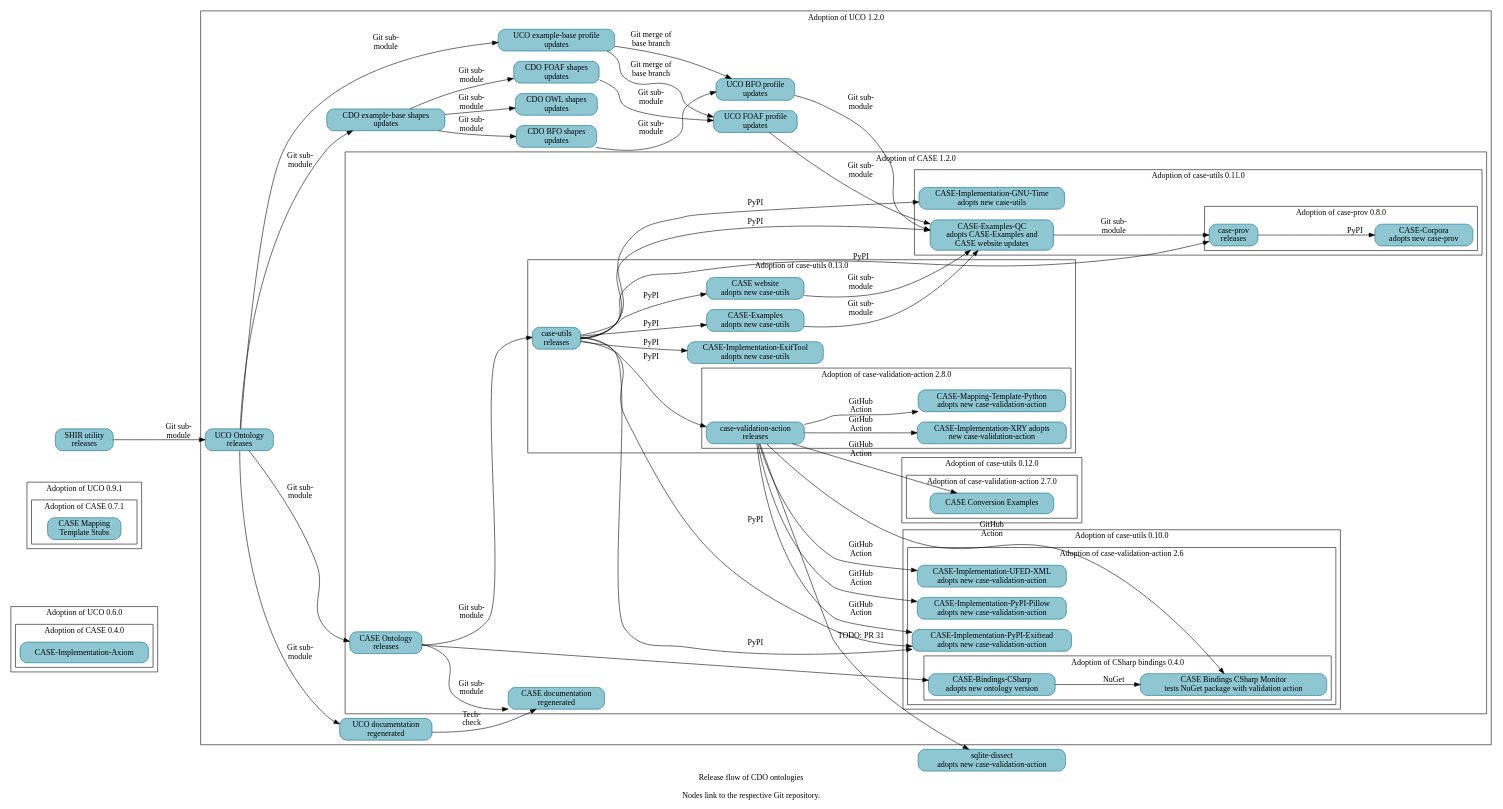
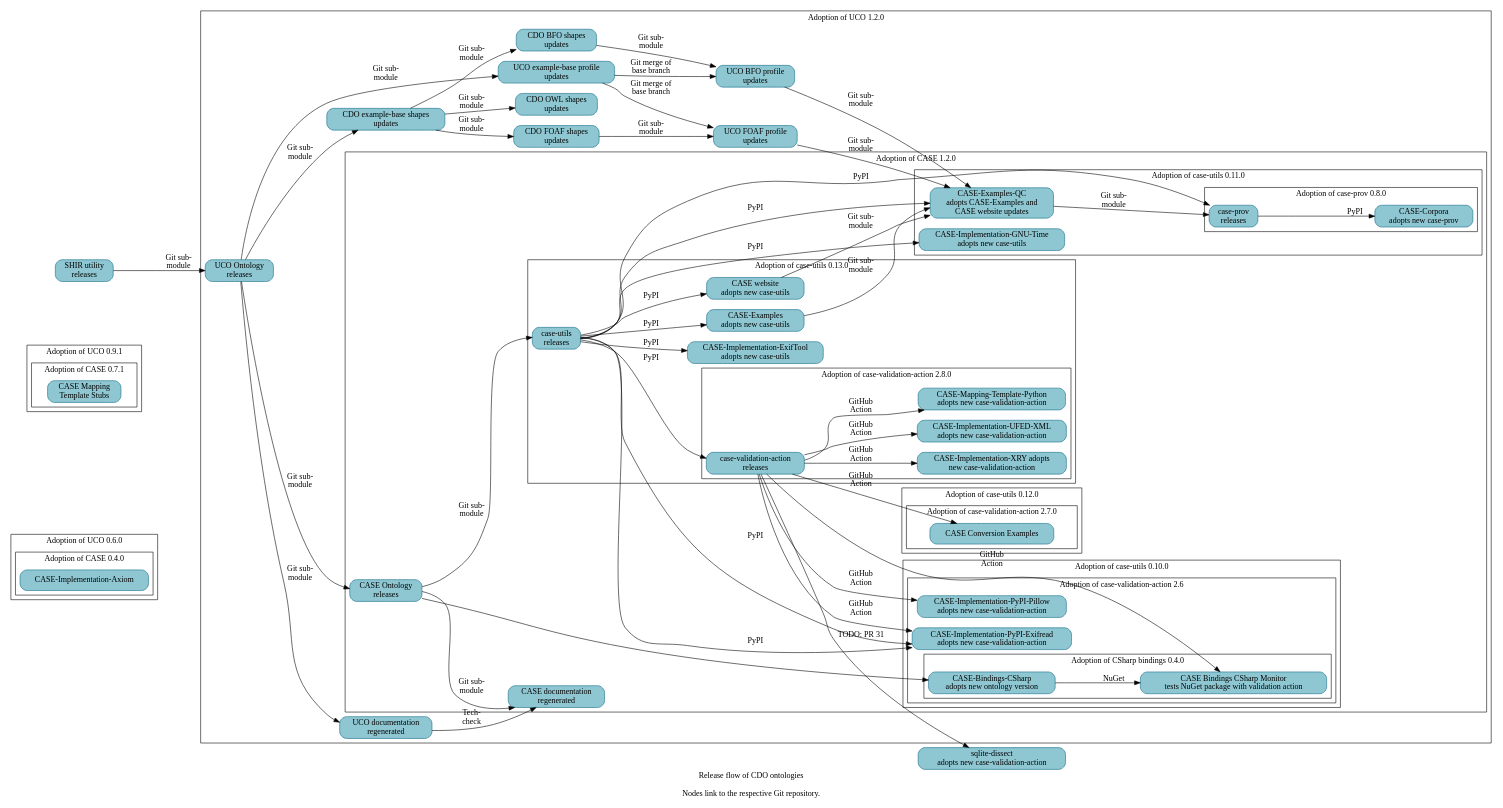
The diagram in resources/project_release_flow.dot (Cyber-Domain-Ontology/cdo.github.io), drawn with Graphviz before and after one commit. The commit also changed other lines of this file, not shown here.

First line of the commit message:
Bump adoption of case-validation-action

```diff
--- a/resources/project_release_flow.dot
+++ b/resources/project_release_flow.dot
@@ -1,153 +1,153 @@
 digraph "cdo_release_flow" {
   label = "Release flow of CDO ontologies\n\nNodes link to the respective Git repository." ;
   rankdir = "LR" ;
   node [shape="rectangle" style="filled,rounded" fillcolor="#8EC7D2" color="#0D6986"] ;
 
   // Define nodes in their corresponding progress subgraph.
 
   subgraph cluster_uco_0_6_0 {
     label = "Adoption of UCO 0.6.0" ;
 
     subgraph cluster_case_0_4_0 {
       label = "Adoption of CASE 0.4.0" ;
       _GH__CASEWORK__CASE_IMPLEMENTATION_AXIOM [URL="https://github.com/casework/CASE-Implementation-Axiom" label="CASE-Implementation-Axiom"] ;
     }
   }
 
   subgraph cluster_uco_0_9_1 {
     label = "Adoption of UCO 0.9.1" ;
 
     subgraph cluster_case_0_7_1 {
       label = "Adoption of CASE 0.7.1" ;
       _GH__CASEWORK__CASE_MAPPING_TEMPLATE_STUBS [URL="https://github.com/casework/CASE-Mapping-Template-Stubs" label="CASE Mapping\nTemplate Stubs"] ;
     }
   }
 
   subgraph cluster_uco_1_2_0 {
     label = "Adoption of UCO 1.2.0" ;
 
     _GH__CYBER_DOMAIN_ONTOLOGY__CDO_SHAPES_BFO [URL="https://github.com/Cyber-Domain-Ontology/CDO-Shapes-BFO" label="CDO BFO shapes\nupdates"] ;
     _GH__CYBER_DOMAIN_ONTOLOGY__CDO_SHAPES_EXAMPLE [URL="https://github.com/Cyber-Domain-Ontology/CDO-Shapes-Example" label="CDO example-base shapes\nupdates"] ;
     _GH__CYBER_DOMAIN_ONTOLOGY__CDO_SHAPES_FOAF [URL="https://github.com/Cyber-Domain-Ontology/CDO-Shapes-FOAF" label="CDO FOAF shapes\nupdates"] ;
     _GH__CYBER_DOMAIN_ONTOLOGY__CDO_SHAPES_OWL [URL="https://github.com/Cyber-Domain-Ontology/CDO-Shapes-OWL" label="CDO OWL shapes\nupdates"] ;
     _GH__UCOPROJECT__ONTOLOGY_UNIFIEDCYBERONTOLOGY_ORG [URL="https://github.com/ucoProject/ontology.unifiedcyberontology.org" label="UCO documentation\nregenerated"] ;
     _GH__UCOPROJECT__UCO [URL="https://github.com/ucoProject/UCO" label="UCO Ontology\nreleases"] ;
     _GH__UCOPROJECT__UCO_PROFILE_BFO [URL="https://github.com/ucoProject/UCO-Profile-BFO" label="UCO BFO profile\nupdates"] ;
     _GH__UCOPROJECT__UCO_PROFILE_EXAMPLE [URL="https://github.com/ucoProject/UCO-Profile-Example" label="UCO example-base profile\nupdates"] ;
     _GH__UCOPROJECT__UCO_PROFILE_FOAF [URL="https://github.com/ucoProject/UCO-Profile-FOAF" label="UCO FOAF profile\nupdates"] ;
 
     subgraph cluster_case_1_2_0 {
       label = "Adoption of CASE 1.2.0" ;
 
       _GH__CASEWORK__CASE [URL="https://github.com/casework/CASE" label="CASE Ontology\nreleases"] ;
       _GH__CASEWORK__ONTOLOGY_CASEONTOLOGY_ORG [URL="https://github.com/casework/ontology.caseontology.org" label="CASE documentation\nregenerated"] ;
 
       subgraph cluster_case_utils_0_10_0 {
         label = "Adoption of case-utils 0.10.0" ;
 
         subgraph cluster_case_validation_action_2_6 {
           label = "Adoption of case-validation-action 2.6" ;
 
           _GH__CASEWORK__CASE_IMPLEMENTATON_PYPI_EXIFREAD [URL="https://github.com/casework/CASE-Implementation-PyPI-Exifread" label="CASE-Implementation-PyPI-Exifread\nadopts new case-validation-action"] ;
           _GH__CASEWORK__CASE_IMPLEMENTATON_PYPI_PILLOW [URL="https://github.com/casework/CASE-Implementation-PyPI-Pillow" label="CASE-Implementation-PyPI-Pillow\nadopts new case-validation-action"] ;
-          _GH__CASEWORK__CASE_IMPLEMENTATON_UFED_XML [URL="https://github.com/casework/CASE-Implementation-UFED-XML" label="CASE-Implementation-UFED-XML\nadopts new case-validation-action"] ;
 
           subgraph cluster_case_bindings_csharp_0_4_0 {
             label = "Adoption of CSharp bindings 0.4.0" ;
 
             _GH__CASEWORK__CASE_BINDINGS_CSHARP_MONITOR [URL="https://github.com/casework/CASE-Bindings-CSharp-Monitor" label="CASE Bindings CSharp Monitor\ntests NuGet package with validation action"] ;
             _GH__CIPHERTECHSOLUTIONS__CASE_BINDINGS_CSHARP [URL="https://github.com/ciphertechsolutions/CASE-Bindings-CSharp" label="CASE-Bindings-CSharp\nadopts new ontology version"] ;
           }
         }
       }
 
       subgraph cluster_case_utils_0_11_0 {
         label = "Adoption of case-utils 0.11.0" ;
 
         _GH__AJNELSON_NIST__CASE_EXAMPLES_QC [URL="https://github.com/ajnelson-nist/CASE-Examples-QC" label="CASE-Examples-QC\nadopts CASE-Examples and\nCASE website updates"] ;
         _GH__CASEWORK__CASE_IMPLEMENTATON_GNU_TIME [URL="https://github.com/casework/CASE-Implementation-GNU-Time" label="CASE-Implementation-GNU-Time\nadopts new case-utils"] ;
 
         subgraph cluster_case_prov_0_8_0 {
           label = "Adoption of case-prov 0.8.0" ;
 
           _GH__CASEWORK__CASE_CORPORA [URL="https://github.com/casework/CASE-Corpora" label="CASE-Corpora\nadopts new case-prov"] ;
           _GH__CASEWORK__CASE_IMPLEMENTATON_PROV_O [URL="https://github.com/casework/CASE-Implementation-PROV-O" label="case-prov\nreleases"] ;
         }
       }
 
       subgraph cluster_case_utils_0_12_0 {
         label = "Adoption of case-utils 0.12.0" ;
 
         subgraph cluster_case_validation_action_2_7_0 {
           label = "Adoption of case-validation-action 2.7.0" ;
 
           _GH__CASEWORK__CASE_EXAMPLES_CONVERSION [URL="https://github.com/casework/CASE-Examples-Conversion" label="CASE Conversion Examples"] ;
         }
 
       }
 
       subgraph cluster_case_utils_0_13_0 {
         label = "Adoption of case-utils 0.13.0" ;
 
         _GH__CASEWORK__CASE_EXAMPLES [URL="https://github.com/casework/CASE-Examples" label="CASE-Examples\nadopts new case-utils"] ;
         _GH__CASEWORK__CASE_IMPLEMENTATON_EXIFTOOL [URL="https://github.com/casework/CASE-Implementation-ExifTool" label="CASE-Implementation-ExifTool\nadopts new case-utils"] ;
         _GH__CASEWORK__CASE_UTILITIES_PYTHON [URL="https://github.com/casework/CASE-Utilities-Python" label="case-utils\nreleases"] ;
         _GH__CASEWORK__CASEWORK_GITHUB_IO [URL="https://github.com/casework/casework.github.io" label="CASE website\nadopts new case-utils"] ;
 
         subgraph cluster_case_validation_action_2_8_0 {
           label = "Adoption of case-validation-action 2.8.0" ;
 
           _GH__KCHASON__CASE_VALIDATION_ACTION [URL="https://github.com/kchason/case-validation-action" label="case-validation-action\nreleases"] ;
           _GH__CASEWORK__CASE_IMPLEMENTATON_XRY [URL="https://github.com/casework/CASE-Implementation-XRY" label="CASE-Implementation-XRY adopts\nnew case-validation-action"] ;
+          _GH__CASEWORK__CASE_IMPLEMENTATON_UFED_XML [URL="https://github.com/casework/CASE-Implementation-UFED-XML" label="CASE-Implementation-UFED-XML\nadopts new case-validation-action"] ;
           _GH__CASEWORK__CASE_MAPPING_TEMPLATE_PYTHON [URL="https://github.com/casework/CASE-Mapping-Template-Python" label="CASE-Mapping-Template-Python\nadopts new case-validation-action"] ;
         }
       }
     }
   }
 
   _GH__CASEWORK__CASE_UTILITY_SHACL_INHERITANCE_REVIEWER [URL="https://github.com/casework/CASE-Utility-SHACL-Inheritance-Reviewer" label="SHIR utility\nreleases"] ;
   _GH__DOD_CYBER_CRIME_CENTER__SQLITE_DISSECT [URL="https://github.com/dod-cyber-crime-center/sqlite-dissect" label="sqlite-dissect\nadopts new case-validation-action"] ;
 
   // Begin edges
 
   _GH__AJNELSON_NIST__CASE_EXAMPLES_QC -> _GH__CASEWORK__CASE_IMPLEMENTATON_PROV_O [label="Git sub-\nmodule"] ;
   _GH__CASEWORK__CASE -> _GH__CASEWORK__CASE_UTILITIES_PYTHON [label="Git sub-\nmodule"] ;
   _GH__CASEWORK__CASE -> _GH__CIPHERTECHSOLUTIONS__CASE_BINDINGS_CSHARP ;
   _GH__CASEWORK__CASE -> _GH__CASEWORK__ONTOLOGY_CASEONTOLOGY_ORG [label="Git sub-\nmodule"] ; 
   _GH__CASEWORK__CASE_EXAMPLES -> _GH__AJNELSON_NIST__CASE_EXAMPLES_QC [label="Git sub-\nmodule"] ;
   _GH__CASEWORK__CASE_IMPLEMENTATON_PROV_O -> _GH__CASEWORK__CASE_CORPORA [label="PyPI"] ;
   _GH__CASEWORK__CASE_UTILITIES_PYTHON -> _GH__AJNELSON_NIST__CASE_EXAMPLES_QC [label="PyPI"] ;
   _GH__CASEWORK__CASE_UTILITIES_PYTHON -> _GH__CASEWORK__CASE_EXAMPLES [label="PyPI"] ;
   _GH__CASEWORK__CASE_UTILITIES_PYTHON -> _GH__CASEWORK__CASE_IMPLEMENTATON_EXIFTOOL [label="PyPI"] ;
   _GH__CASEWORK__CASE_UTILITIES_PYTHON -> _GH__CASEWORK__CASE_IMPLEMENTATON_GNU_TIME [label="PyPI"] ;
   _GH__CASEWORK__CASE_UTILITIES_PYTHON -> _GH__CASEWORK__CASE_IMPLEMENTATON_PROV_O [label="PyPI"] ;
   _GH__CASEWORK__CASE_UTILITIES_PYTHON -> _GH__CASEWORK__CASE_IMPLEMENTATON_PYPI_EXIFREAD [label="PyPI"] ;
   _GH__CASEWORK__CASE_UTILITIES_PYTHON -> _GH__KCHASON__CASE_VALIDATION_ACTION [label="PyPI"] ;
   _GH__CASEWORK__CASE_UTILITIES_PYTHON -> _GH__CASEWORK__CASEWORK_GITHUB_IO [label="PyPI"] ;
   _GH__CASEWORK__CASE_UTILITY_SHACL_INHERITANCE_REVIEWER -> _GH__UCOPROJECT__UCO [label="Git sub-\nmodule"] ;
   _GH__CASEWORK__CASEWORK_GITHUB_IO -> _GH__AJNELSON_NIST__CASE_EXAMPLES_QC [label="Git sub-\nmodule"] ;
   _GH__CIPHERTECHSOLUTIONS__CASE_BINDINGS_CSHARP -> _GH__CASEWORK__CASE_BINDINGS_CSHARP_MONITOR [label="NuGet"] ;
   _GH__CYBER_DOMAIN_ONTOLOGY__CDO_SHAPES_BFO -> _GH__UCOPROJECT__UCO_PROFILE_BFO [label="Git sub-\nmodule"] ;
   _GH__CYBER_DOMAIN_ONTOLOGY__CDO_SHAPES_EXAMPLE -> _GH__CYBER_DOMAIN_ONTOLOGY__CDO_SHAPES_BFO [label="Git sub-\nmodule"] ;
   _GH__CYBER_DOMAIN_ONTOLOGY__CDO_SHAPES_EXAMPLE -> _GH__CYBER_DOMAIN_ONTOLOGY__CDO_SHAPES_FOAF [label="Git sub-\nmodule"] ;
   _GH__CYBER_DOMAIN_ONTOLOGY__CDO_SHAPES_EXAMPLE -> _GH__CYBER_DOMAIN_ONTOLOGY__CDO_SHAPES_OWL [label="Git sub-\nmodule"] ;
   _GH__CYBER_DOMAIN_ONTOLOGY__CDO_SHAPES_FOAF -> _GH__UCOPROJECT__UCO_PROFILE_FOAF [label="Git sub-\nmodule"] ;
   _GH__KCHASON__CASE_VALIDATION_ACTION -> _GH__CASEWORK__CASE_BINDINGS_CSHARP_MONITOR [label="GitHub\nAction"] ;
   _GH__KCHASON__CASE_VALIDATION_ACTION -> _GH__CASEWORK__CASE_EXAMPLES_CONVERSION [label="GitHub\nAction"];
   _GH__CASEWORK__CASE_UTILITIES_PYTHON -> _GH__CASEWORK__CASE_IMPLEMENTATON_PYPI_EXIFREAD [label="PyPI"] ;
   _GH__KCHASON__CASE_VALIDATION_ACTION -> _GH__CASEWORK__CASE_IMPLEMENTATON_PYPI_EXIFREAD [label="GitHub\nAction"] ;
   _GH__KCHASON__CASE_VALIDATION_ACTION -> _GH__CASEWORK__CASE_IMPLEMENTATON_PYPI_PILLOW [label="GitHub\nAction"] ;
   _GH__KCHASON__CASE_VALIDATION_ACTION -> _GH__CASEWORK__CASE_IMPLEMENTATON_UFED_XML [label="GitHub\nAction"] ;
   _GH__KCHASON__CASE_VALIDATION_ACTION -> _GH__CASEWORK__CASE_IMPLEMENTATON_XRY [label="GitHub\nAction"] ;
   _GH__KCHASON__CASE_VALIDATION_ACTION -> _GH__CASEWORK__CASE_MAPPING_TEMPLATE_PYTHON [label="GitHub\nAction"] ;
   _GH__KCHASON__CASE_VALIDATION_ACTION -> _GH__DOD_CYBER_CRIME_CENTER__SQLITE_DISSECT [URL="https://github.com/dod-cyber-crime-center/sqlite-dissect/pull/31" label="TODO: PR 31"] ;
   _GH__UCOPROJECT__ONTOLOGY_UNIFIEDCYBERONTOLOGY_ORG -> _GH__CASEWORK__ONTOLOGY_CASEONTOLOGY_ORG [label="Tech-\ncheck"];
   _GH__UCOPROJECT__UCO -> _GH__CASEWORK__CASE [label="Git sub-\nmodule"] ;
   _GH__UCOPROJECT__UCO -> _GH__CYBER_DOMAIN_ONTOLOGY__CDO_SHAPES_EXAMPLE [label="Git sub-\nmodule"] ;
   _GH__UCOPROJECT__UCO -> _GH__UCOPROJECT__ONTOLOGY_UNIFIEDCYBERONTOLOGY_ORG [label="Git sub-\nmodule"] ;
   _GH__UCOPROJECT__UCO -> _GH__UCOPROJECT__UCO_PROFILE_EXAMPLE [label="Git sub-\nmodule"] ;
   _GH__UCOPROJECT__UCO_PROFILE_BFO -> _GH__AJNELSON_NIST__CASE_EXAMPLES_QC [label="Git sub-\nmodule"] ;
   _GH__UCOPROJECT__UCO_PROFILE_EXAMPLE -> _GH__UCOPROJECT__UCO_PROFILE_BFO [label="Git merge of\nbase branch"] ;
   _GH__UCOPROJECT__UCO_PROFILE_EXAMPLE -> _GH__UCOPROJECT__UCO_PROFILE_FOAF [label="Git merge of\nbase branch"] ;
   _GH__UCOPROJECT__UCO_PROFILE_FOAF -> _GH__AJNELSON_NIST__CASE_EXAMPLES_QC [label="Git sub-\nmodule"] ;
 }
```
